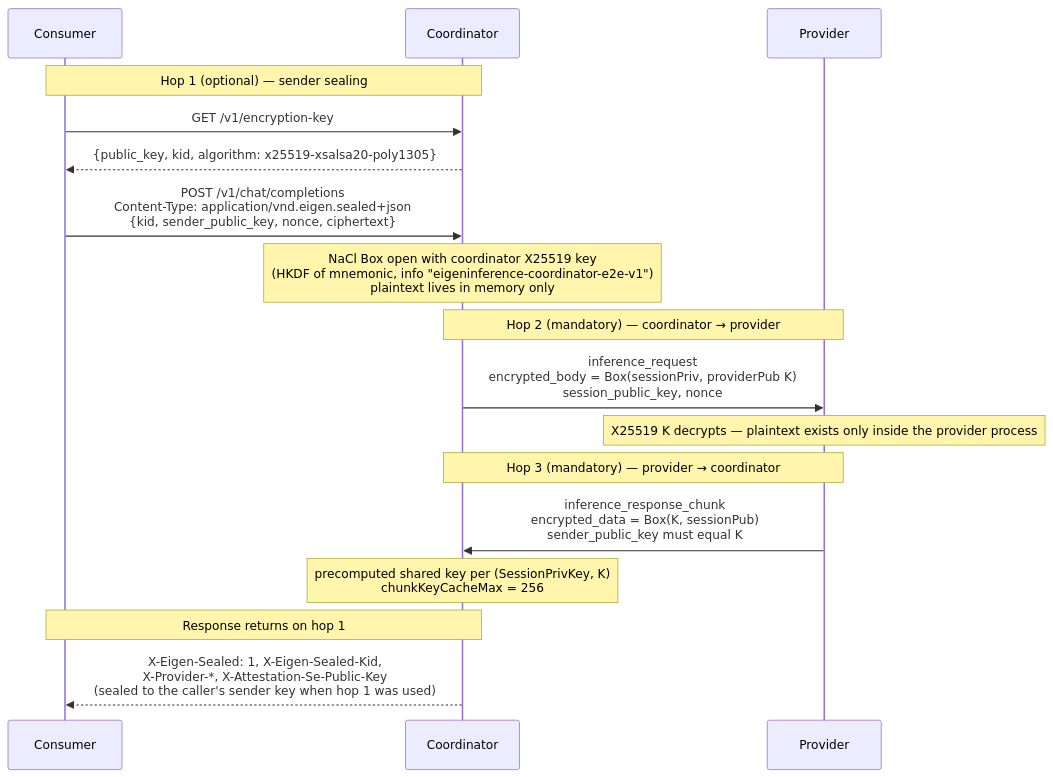
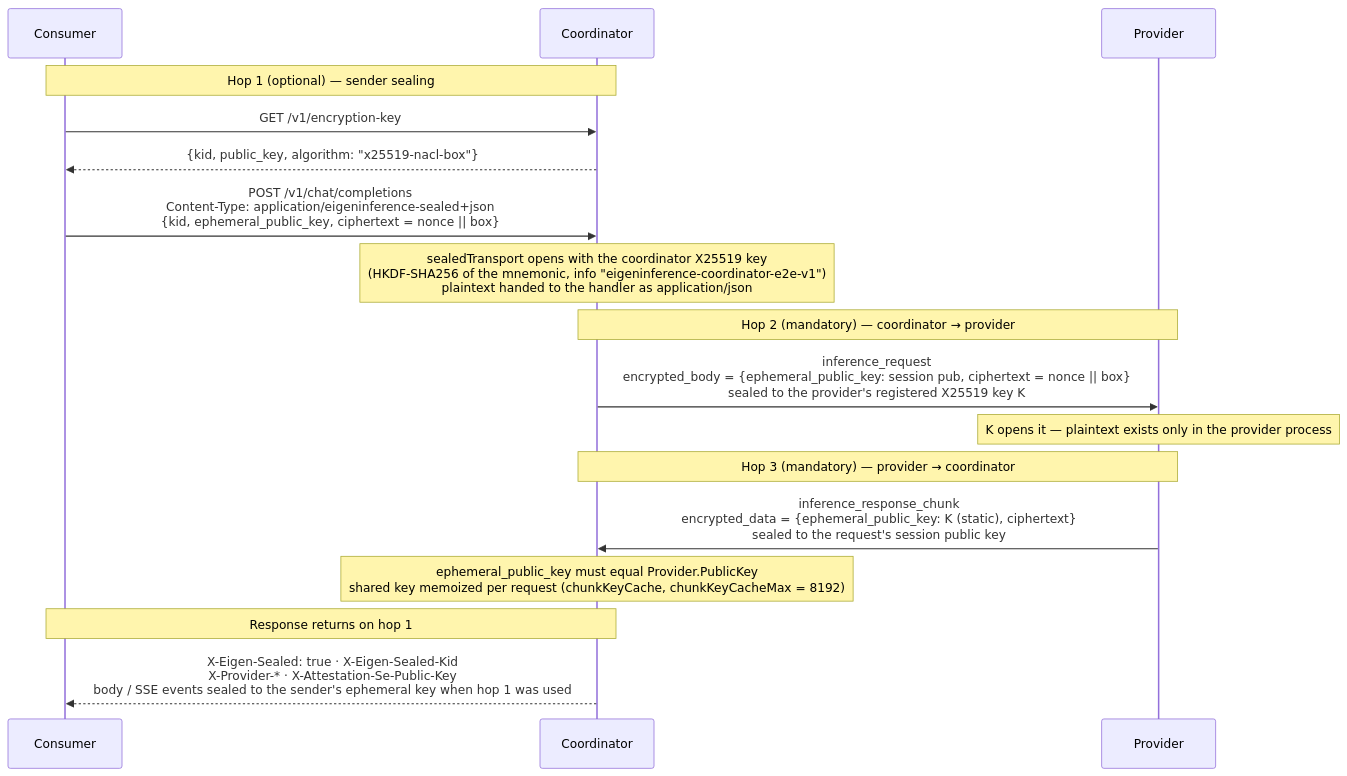
The diagram in docs/assets/diagrams/encryption-layers.mmd (Layr-Labs/d-inference), drawn with Mermaid before and after one commit. The commit also changed 18 other files, not shown here.

First line of the commit message:
docs(security): rewrite encryption, attestation, enrollment, identity-binding from code; merge provider/security-model.md into provider/attestation.md

```diff
--- a/docs/assets/diagrams/encryption-layers.mmd
+++ b/docs/assets/diagrams/encryption-layers.mmd
@@ -1,23 +1,25 @@
-%% Encryption hops as built at 5d400cf75. Source of truth for encryption-layers.svg;
+%% Encryption hops as built at c5c404fca. Source of truth for encryption-layers.svg;
 %% re-render after editing: mmdc -i encryption-layers.mmd -o encryption-layers.svg
+%% Symbols: coordinator/api/sender_encryption.go, coordinator/internal/e2e/e2e.go,
+%% coordinator/api/chunk_key_cache.go, coordinator/api/response_metadata.go.
 sequenceDiagram
     participant C as Consumer
     participant K as Coordinator
     participant P as Provider
 
     Note over C,K: Hop 1 (optional) — sender sealing
     C->>K: GET /v1/encryption-key
-    K-->>C: {public_key, kid, algorithm: x25519-xsalsa20-poly1305}
-    C->>K: POST /v1/chat/completions<br/>Content-Type: application/vnd.eigen.sealed+json<br/>{kid, sender_public_key, nonce, ciphertext}
-    Note over K: NaCl Box open with coordinator X25519 key<br/>(HKDF of mnemonic, info "eigeninference-coordinator-e2e-v1")<br/>plaintext lives in memory only
+    K-->>C: {kid, public_key, algorithm: "x25519-nacl-box"}
+    C->>K: POST /v1/chat/completions<br/>Content-Type: application/eigeninference-sealed+json<br/>{kid, ephemeral_public_key, ciphertext = nonce || box}
+    Note over K: sealedTransport opens with the coordinator X25519 key<br/>(HKDF-SHA256 of the mnemonic, info "eigeninference-coordinator-e2e-v1")<br/>plaintext handed to the handler as application/json
 
     Note over K,P: Hop 2 (mandatory) — coordinator → provider
-    K->>P: inference_request<br/>encrypted_body = Box(sessionPriv, providerPub K)<br/>session_public_key, nonce
-    Note over P: X25519 K decrypts — plaintext exists only inside the provider process
+    K->>P: inference_request<br/>encrypted_body = {ephemeral_public_key: session pub, ciphertext = nonce || box}<br/>sealed to the provider's registered X25519 key K
+    Note over P: K opens it — plaintext exists only in the provider process
 
     Note over P,K: Hop 3 (mandatory) — provider → coordinator
-    P->>K: inference_response_chunk<br/>encrypted_data = Box(K, sessionPub)<br/>sender_public_key must equal K
-    Note over K: precomputed shared key per (SessionPrivKey, K)<br/>chunkKeyCacheMax = 256
+    P->>K: inference_response_chunk<br/>encrypted_data = {ephemeral_public_key: K (static), ciphertext}<br/>sealed to the request's session public key
+    Note over K: ephemeral_public_key must equal Provider.PublicKey<br/>shared key memoized per request (chunkKeyCache, chunkKeyCacheMax = 8192)
 
     Note over K,C: Response returns on hop 1
-    K-->>C: X-Eigen-Sealed: 1, X-Eigen-Sealed-Kid,<br/>X-Provider-*, X-Attestation-Se-Public-Key<br/>(sealed to the caller's sender key when hop 1 was used)
+    K-->>C: X-Eigen-Sealed: true · X-Eigen-Sealed-Kid<br/>X-Provider-* · X-Attestation-Se-Public-Key<br/>body / SSE events sealed to the sender's ephemeral key when hop 1 was used
```
